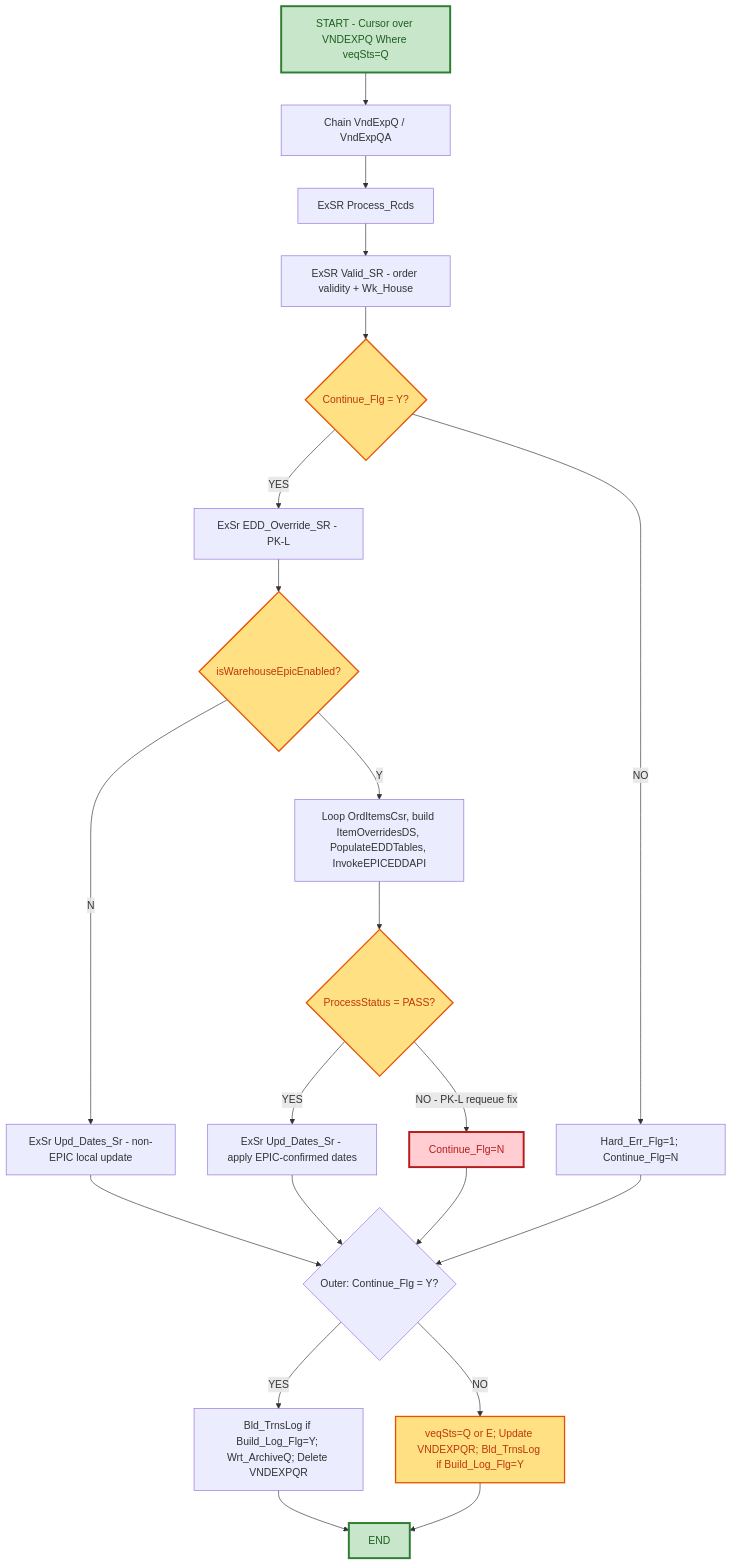
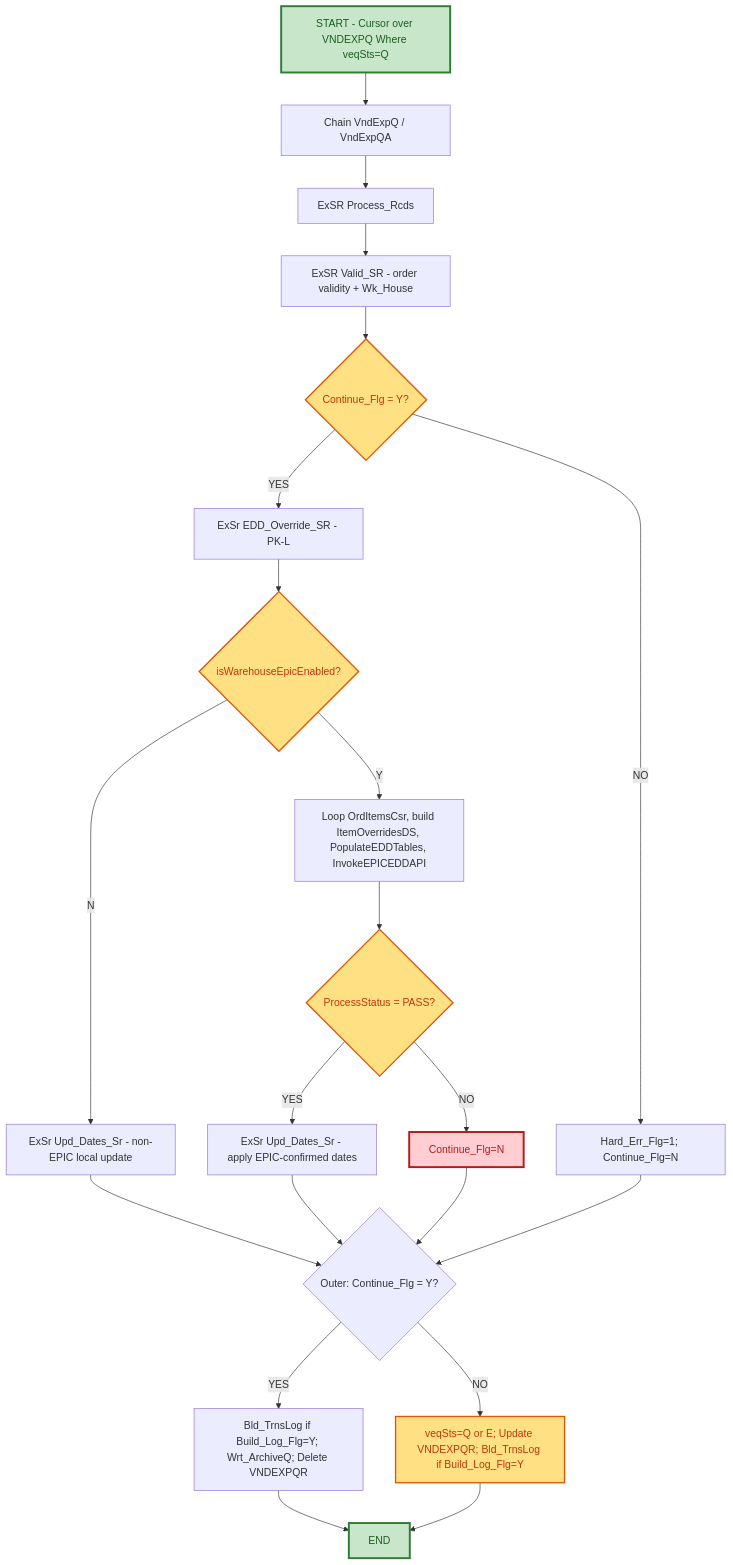
Before and after one commit to PremKumarKollabathula/CS396H-Support-Hand-off: the diagram in CS396H-SOP.md, drawn with Mermaid. The commit also changed other lines of this file, not shown here.

````diff
--- a/CS396H-SOP.md
+++ b/CS396H-SOP.md
@@ -54,31 +54,31 @@
 ```mermaid
 graph TD
     A[START - Cursor over VNDEXPQ Where veqSts=Q] --> B[Chain VndExpQ / VndExpQA]
     B --> C[ExSR Process_Rcds]
     C --> D[ExSR Valid_SR - order validity + Wk_House]
     D --> E{Continue_Flg = Y?}
     E -->|NO| F[Hard_Err_Flg=1; Continue_Flg=N]
     E -->|YES| G[ExSr EDD_Override_SR - PK-L]
     G --> H{isWarehouseEpicEnabled?}
     H -->|N| I[ExSr Upd_Dates_Sr - non-EPIC local update]
     H -->|Y| J[Loop OrdItemsCsr, build ItemOverridesDS, PopulateEDDTables, InvokeEPICEDDAPI]
     J --> K{ProcessStatus = PASS?}
     K -->|YES| L[ExSr Upd_Dates_Sr - apply EPIC-confirmed dates]
-    K -->|NO - PK-L requeue fix| M[Continue_Flg=N]
+    K -->|NO| M[Continue_Flg=N]
     I --> N{Outer: Continue_Flg = Y?}
     L --> N
     M --> N
     F --> N
     N -->|YES| O[Bld_TrnsLog if Build_Log_Flg=Y; Wrt_ArchiveQ; Delete VNDEXPQR]
     N -->|NO| P[veqSts=Q or E; Update VNDEXPQR; Bld_TrnsLog if Build_Log_Flg=Y]
     O --> Z[END]
     P --> Z
 
     style A fill:#C8E6C9,stroke:#2E7D32,stroke-width:3px,color:#1B5E20
     style Z fill:#C8E6C9,stroke:#2E7D32,stroke-width:3px,color:#1B5E20
     style M fill:#FFCDD2,stroke:#B71C1C,stroke-width:3px,color:#B71C1C
     style P fill:#FFE082,stroke:#E65100,stroke-width:2px,color:#BF360C
     style H fill:#FFE082,stroke:#E65100,stroke-width:2px,color:#BF360C
     style K fill:#FFE082,stroke:#E65100,stroke-width:2px,color:#BF360C
     style E fill:#FFE082,stroke:#E65100,stroke-width:2px,color:#BF360C
 ```
````
